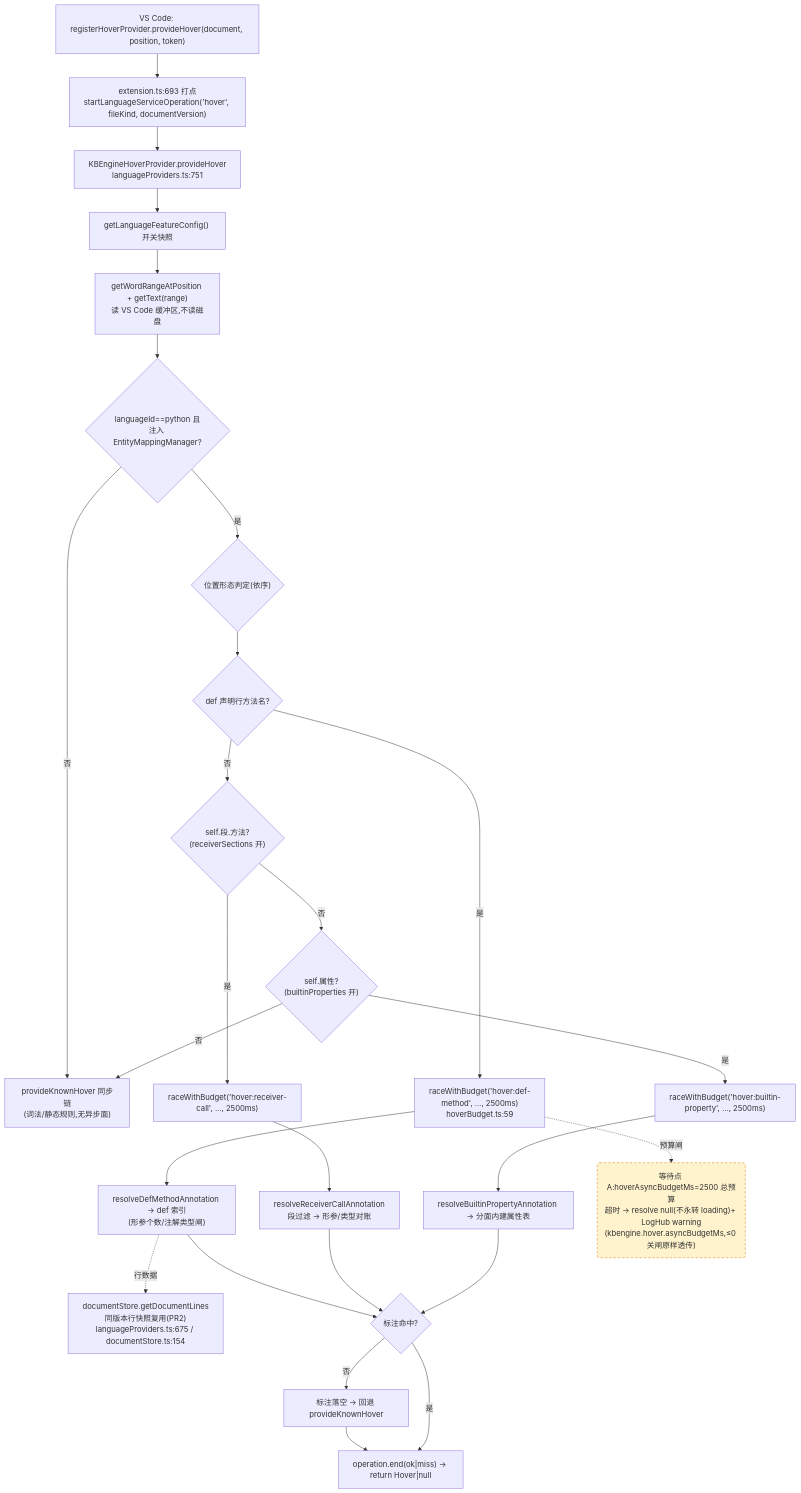
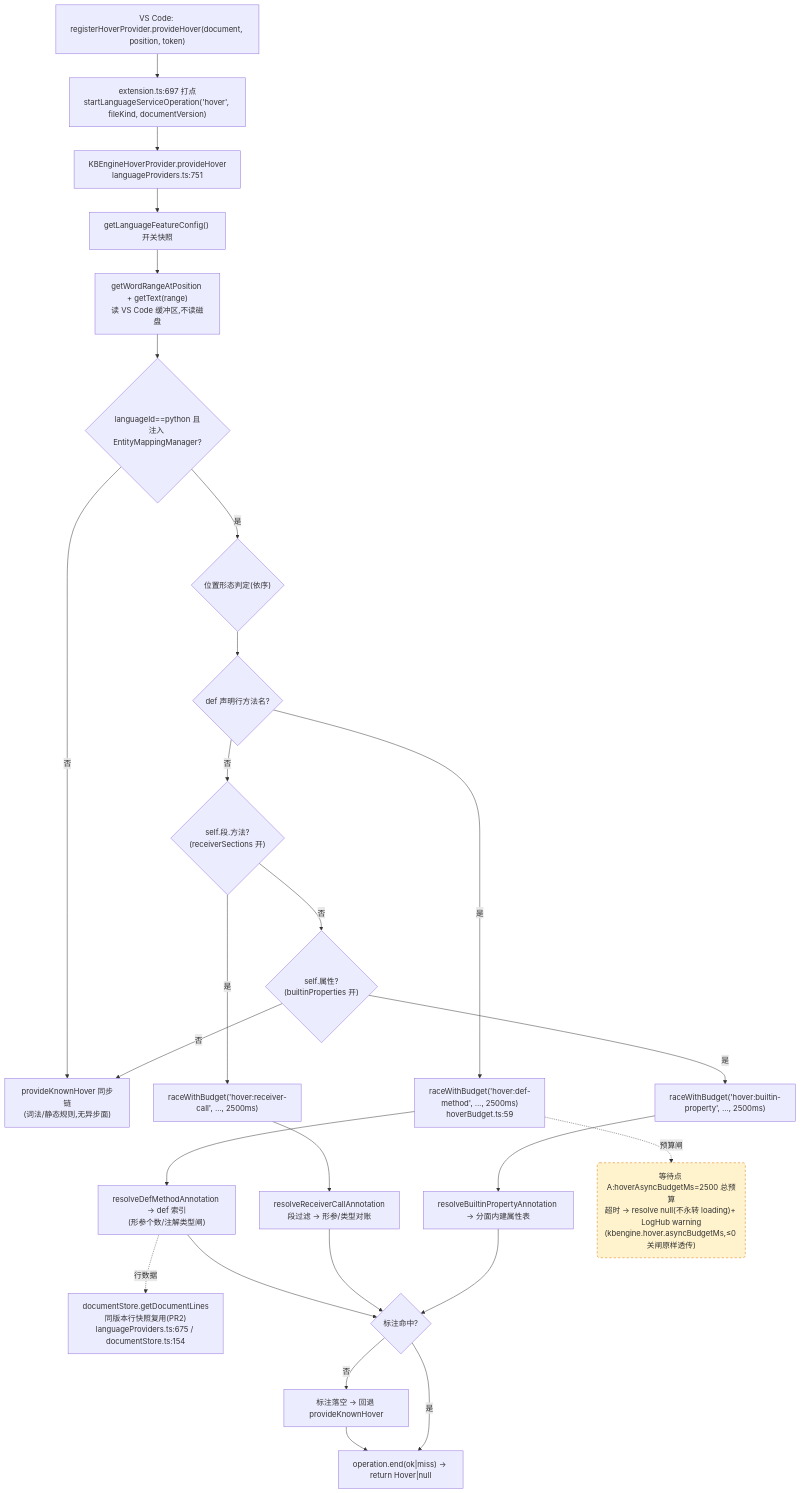
Before and after one commit to cuihairu/kode: the first of 4 diagrams in docs/perf/2026-baseline.md, drawn with Mermaid. The commit also changed other lines of this file and 17 other files, not shown here.

````diff
--- a/docs/perf/2026-baseline.md
+++ b/docs/perf/2026-baseline.md
@@ -82,45 +82,45 @@
 ```mermaid
 flowchart TD
   VC1["VS Code: registerHoverProvider.provideHover(document, position, token)"]
-  M1["extension.ts:693 打点<br/>startLanguageServiceOperation('hover', fileKind, documentVersion)"]
+  M1["extension.ts:697 打点<br/>startLanguageServiceOperation('hover', fileKind, documentVersion)"]
   HP["KBEngineHoverProvider.provideHover<br/>languageProviders.ts:751"]
   CFG["getLanguageFeatureConfig() 开关快照"]
   WORD["getWordRangeAtPosition + getText(range)<br/>读 VS Code 缓冲区,不读磁盘"]
   BR{"languageId==python 且<br/>注入 EntityMappingManager?"}
   KN["provideKnownHover 同步链<br/>(词法/静态规则,无异步面)"]
   POS{"位置形态判定(依序)"}
   D1{"def 声明行方法名?"}
   D2{"self.段.方法?<br/>(receiverSections 开)"}
   D3{"self.属性?<br/>(builtinProperties 开)"}
   RA1["raceWithBudget('hover:def-method', …, 2500ms)<br/>hoverBudget.ts:59"]
   RA2["raceWithBudget('hover:receiver-call', …, 2500ms)"]
   RA3["raceWithBudget('hover:builtin-property', …, 2500ms)"]
   RS1["resolveDefMethodAnnotation → def 索引<br/>(形参个数/注解类型闸)"]
   RS2["resolveReceiverCallAnnotation<br/>段过滤 → 形参/类型对账"]
   RS3["resolveBuiltinPropertyAnnotation → 分面内建属性表"]
   LINES["documentStore.getDocumentLines<br/>同版本行快照复用(PR2)<br/>languageProviders.ts:675 / documentStore.ts:154"]
   MISS["标注落空 → 回退 provideKnownHover"]
   END1["operation.end(ok|miss) → return Hover|null"]
 
   VC1 --> M1 --> HP --> CFG --> WORD --> BR
   BR -- "否" --> KN
   BR -- "是" --> POS --> D1
   D1 -- "是" --> RA1 --> RS1
   D1 -- "否" --> D2
   D2 -- "是" --> RA2 --> RS2
   D2 -- "否" --> D3
   D3 -- "是" --> RA3 --> RS3
   D3 -- "否" --> KN
   RS1 --> HIT{"标注命中?"}
   RS2 --> HIT
   RS3 --> HIT
   RS1 -.->|行数据| LINES
   HIT -- "否" --> MISS --> END1
   HIT -- "是" --> END1
 
   WAITA("等待点 A:hoverAsyncBudgetMs=2500 总预算<br/>超时 → resolve null(不永转 loading)+ LogHub warning<br/>(kbengine.hover.asyncBudgetMs,≤0 关闸原样透传)")
   RA1 -.->|预算闸| WAITA
 
   classDef waitPoint fill:#fff3cd,stroke:#d97706,stroke-dasharray:5 4;
   class WAITA waitPoint;
 ```
````
